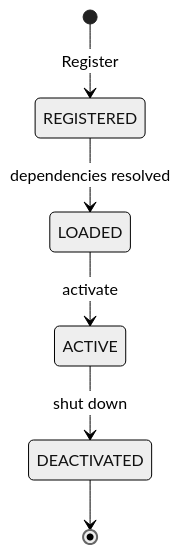
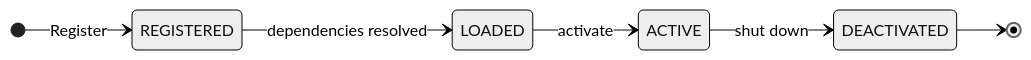
One commit to philcantcode/srcport-substrate changed the third of 8 diagrams in README.md. Above: the diagram before and after it, drawn with Mermaid (neutral theme). The commit also changed other lines of this file and 28 other files, not shown here.

````diff
--- a/README.md
+++ b/README.md
@@ -105,8 +171,9 @@
 ```mermaid
 stateDiagram-v2
+    direction LR
     [*] --> REGISTERED: Register
     REGISTERED --> LOADED: dependencies resolved
     LOADED --> ACTIVE: activate
     ACTIVE --> DEACTIVATED: shut down
     DEACTIVATED --> [*]
 ```
````
